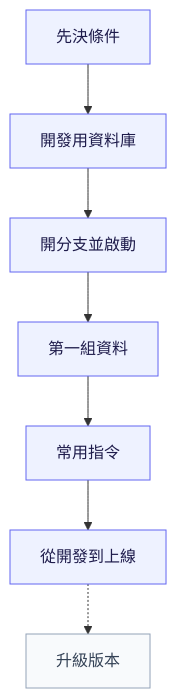
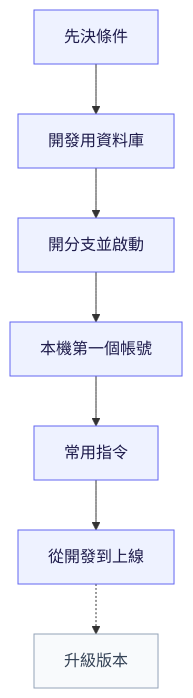
One commit to elihu0211/envcite changed the first of 7 diagrams in CONTRIBUTING.md. Above: the diagram before and after it, drawn with Mermaid. The commit also changed other lines of this file and 2 other files, not shown here.

Commit message:
docs: 參與開發先給概論與索引，各節用圖與表展開 (#8)

````diff
--- a/CONTRIBUTING.md
+++ b/CONTRIBUTING.md
@@ -11,15 +13,15 @@
 ```mermaid
 %%{init: {"flowchart": {"curve": "basis"}}}%%
 flowchart TB
     pre["先決條件"] --> db["開發用資料庫"]
     db --> run["開分支並啟動"]
-    run --> seed["第一組資料"]
+    run --> seed["本機第一個帳號"]
     seed --> cmd["常用指令"]
     cmd --> ship["從開發到上線"]
     ship -.-> ver["升級版本"]
 
     classDef step fill:#eef2ff,stroke:#6366f1,color:#1e1b4b
     classDef later fill:#f8fafc,stroke:#94a3b8,color:#334155
     class pre,db,run,seed,cmd,ship step
     class ver later
 ```
````
